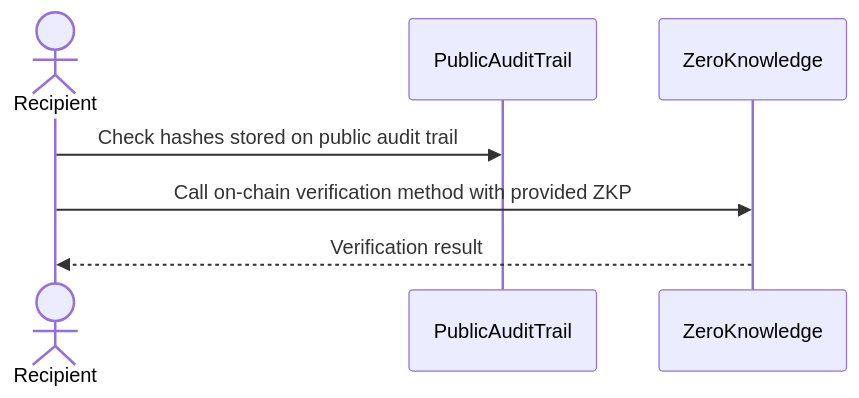
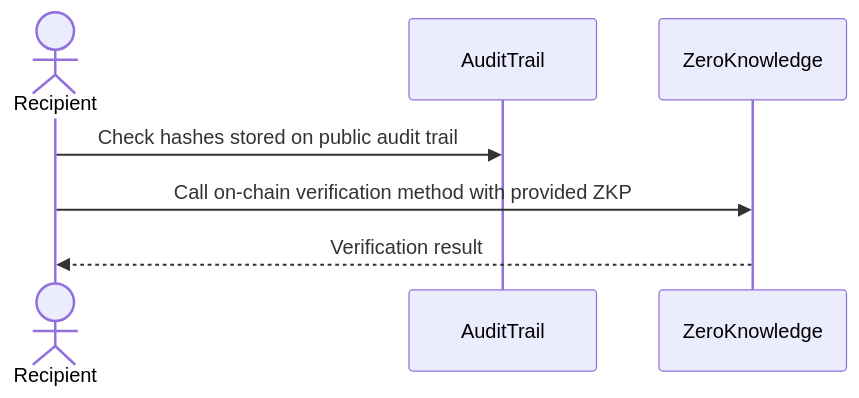
The third of 4 diagrams in docs/index.md (zksig/docs), drawn with Mermaid before and after one commit. The commit also changed other lines of this file, not shown here.

Commit message:
update diagram modules

````diff
--- a/docs/index.md
+++ b/docs/index.md
@@ -74,10 +75,10 @@
 ```mermaid
 sequenceDiagram
   actor Recipient
-  participant PublicAuditTrail
+  participant AuditTrail
   participant ZeroKnowledge
 
-  Recipient ->> PublicAuditTrail: Check hashes stored on public audit trail
+  Recipient ->> AuditTrail: Check hashes stored on public audit trail
   Recipient ->> ZeroKnowledge: Call on-chain verification method with provided ZKP
   ZeroKnowledge -->> Recipient: Verification result
 ```
````
